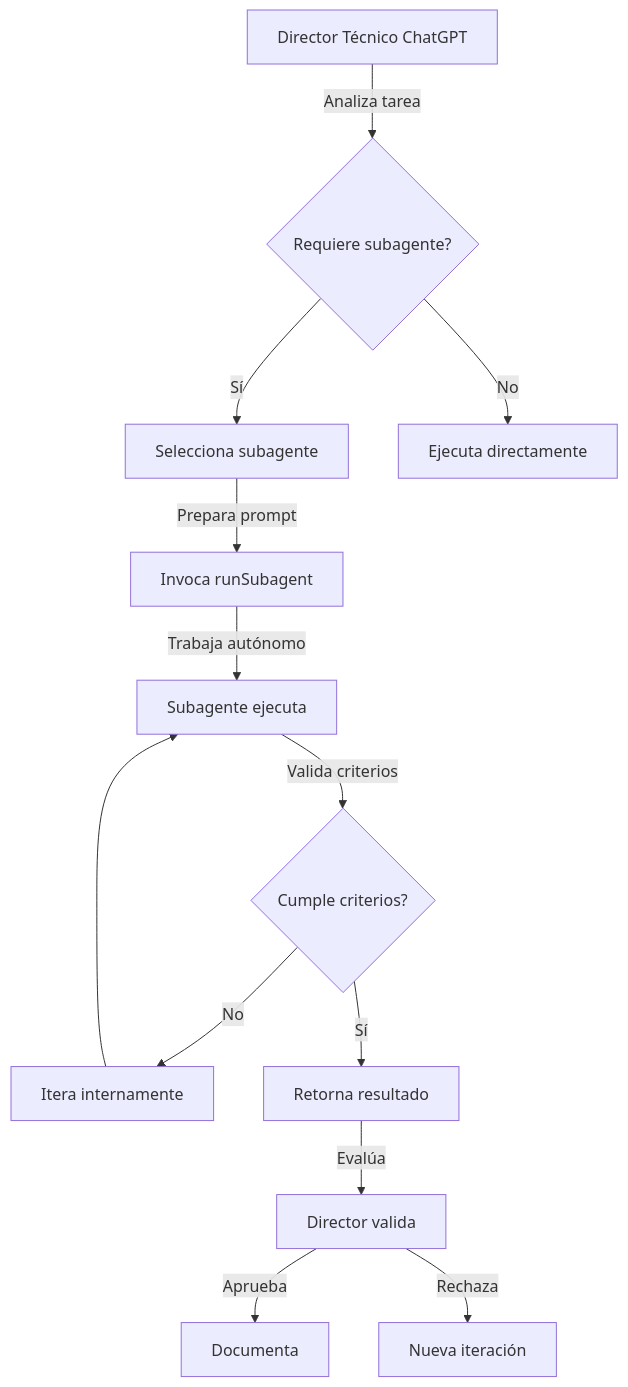
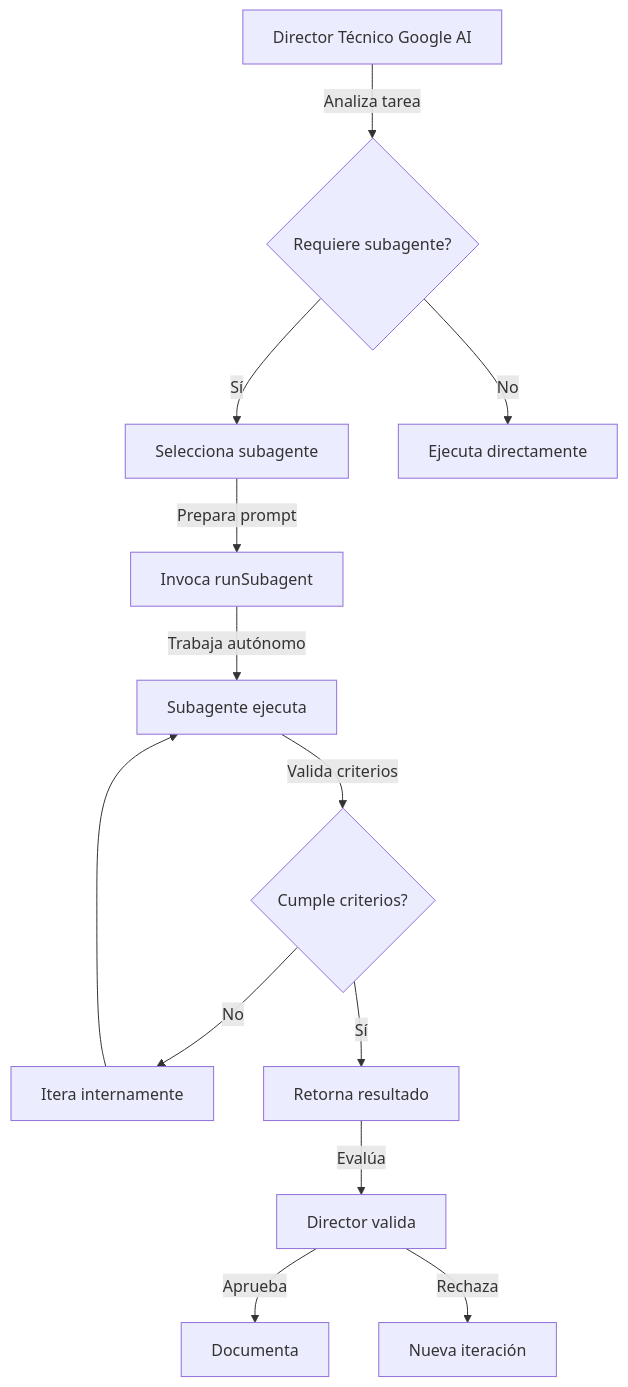
One commit to cdryampi/gaudeix-codex changed the diagram in docs/SUBAGENT_SYSTEM_IMPROVEMENTS.md. Above: the diagram before and after it, drawn with Mermaid. The commit also changed other lines of this file and 35 other files, not shown here.

Commit message:
feat: Implement initial agent and subagent architecture, including documentation, invocation templates, and development setup.

````diff
--- a/docs/SUBAGENT_SYSTEM_IMPROVEMENTS.md
+++ b/docs/SUBAGENT_SYSTEM_IMPROVEMENTS.md
@@ -93,15 +82,15 @@
 ```mermaid
 graph TD
-    A[Director Técnico ChatGPT] -->|Analiza tarea| B{Requiere subagente?}
+    A[Director Técnico Google AI] -->|Analiza tarea| B{Requiere subagente?}
     B -->|Sí| C[Selecciona subagente]
     B -->|No| D[Ejecuta directamente]
     C -->|Prepara prompt| E[Invoca runSubagent]
     E -->|Trabaja autónomo| F[Subagente ejecuta]
     F -->|Valida criterios| G{Cumple criterios?}
     G -->|No| H[Itera internamente]
     G -->|Sí| I[Retorna resultado]
     H --> F
     I -->|Evalúa| J[Director valida]
     J -->|Aprueba| K[Documenta]
     J -->|Rechaza| L[Nueva iteración]
 ```
````
